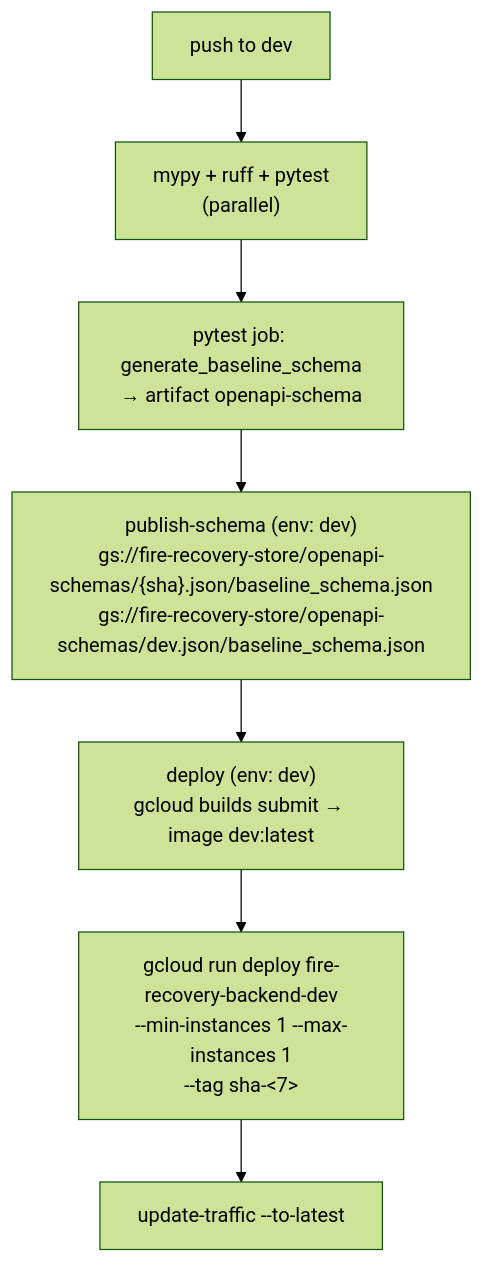
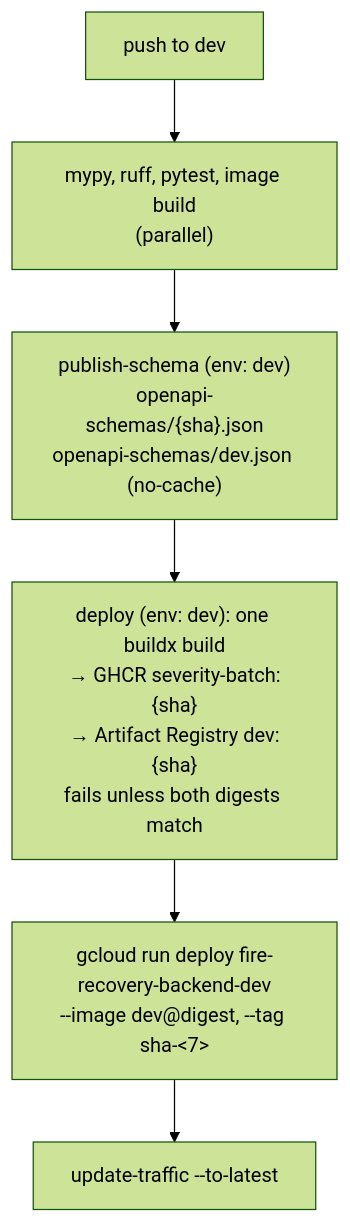
One commit to SchmidtDSE/fire-recovery-backend changed the diagram in smrt-design/dev-deployment.md. Above: the diagram before and after it, drawn with Mermaid (forest theme). The commit also changed other lines of this file, not shown here.

First line of the commit message:
Refresh the dev-deployment context for v2

````diff
--- a/smrt-design/dev-deployment.md
+++ b/smrt-design/dev-deployment.md
@@ -30,9 +31,8 @@
 ```mermaid
 graph TD
-  push["push to dev"] --> checks["mypy + ruff + pytest<br/>(parallel)"]
-  checks --> gen["pytest job: generate_baseline_schema<br/>→ artifact openapi-schema"]
-  gen --> pub["publish-schema (env: dev)<br/>gs://fire-recovery-store/openapi-schemas/{sha}.json/baseline_schema.json<br/>gs://fire-recovery-store/openapi-schemas/dev.json/baseline_schema.json"]
-  pub --> build["deploy (env: dev)<br/>gcloud builds submit → image dev:latest"]
-  build --> run["gcloud run deploy fire-recovery-backend-dev<br/>--min-instances 1 --max-instances 1<br/>--tag sha-&lt;7&gt;"]
+  push["push to dev"] --> checks["mypy, ruff, pytest, image build<br/>(parallel)"]
+  checks --> pub["publish-schema (env: dev)<br/>openapi-schemas/{sha}.json<br/>openapi-schemas/dev.json (no-cache)"]
+  pub --> build["deploy (env: dev): one buildx build<br/>→ GHCR severity-batch:{sha}<br/>→ Artifact Registry dev:{sha}<br/>fails unless both digests match"]
+  build --> run["gcloud run deploy fire-recovery-backend-dev<br/>--image dev@digest, --tag sha-&lt;7&gt;"]
   run --> traffic["update-traffic --to-latest"]
 ```
````
